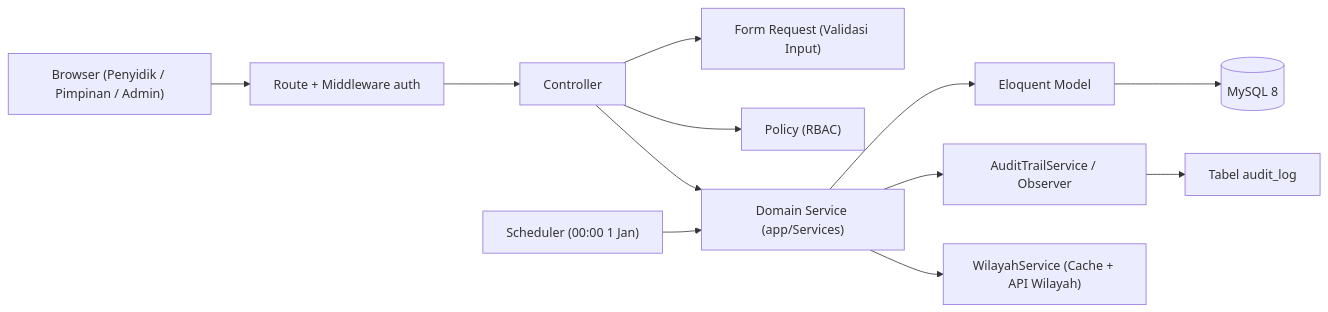
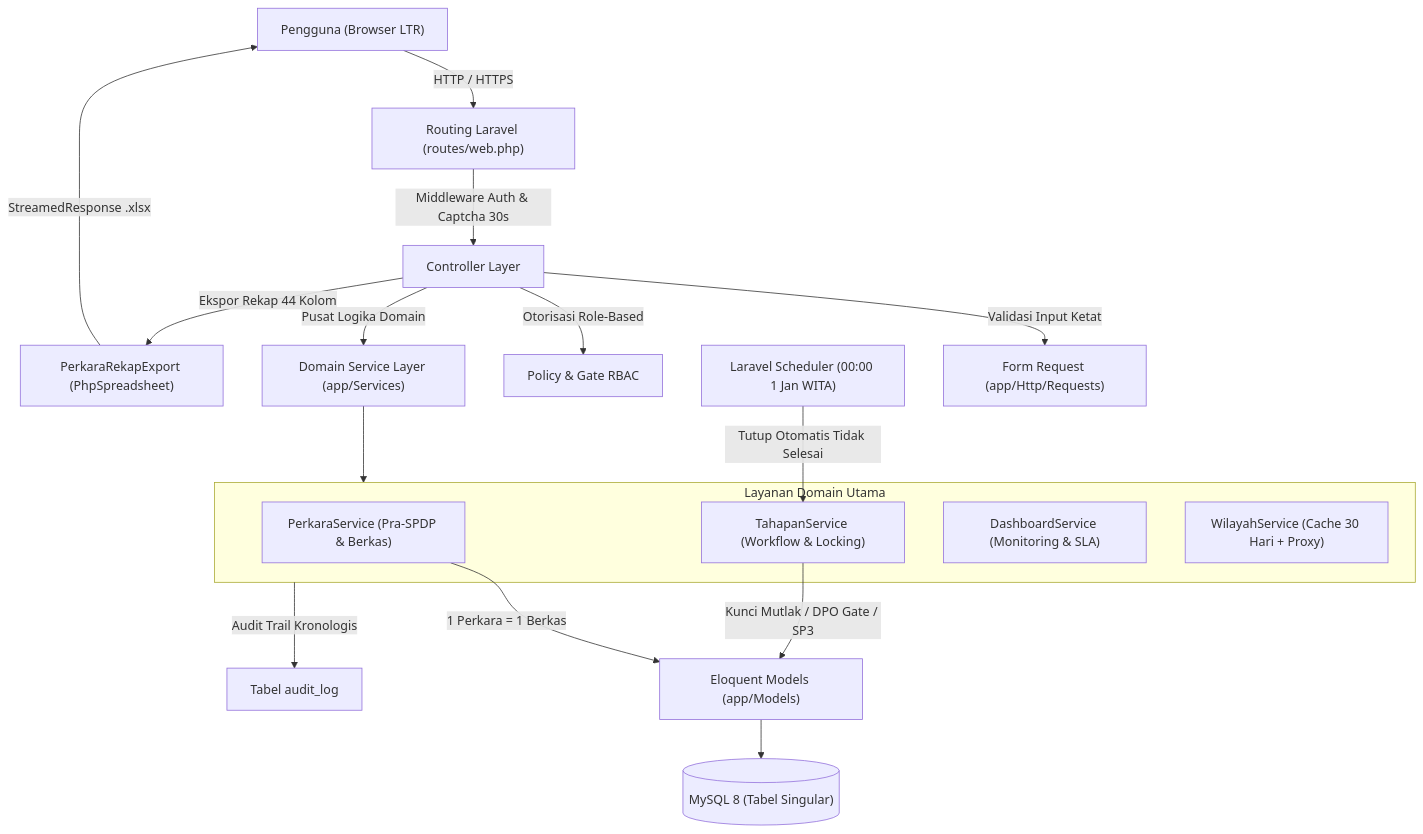
The first of 3 diagrams in ARCHITECTURE.md (waris-arjuna/BAPTwo), drawn with Mermaid before and after one commit. The commit also changed other lines of this file and 36 other files, not shown here.

Commit message:
feat: standardisasi 20 data dummy, kolom nama alamat tkp, format ekspor excel, dan pembaruan dokumen proyek

````diff
--- a/ARCHITECTURE.md
+++ b/ARCHITECTURE.md
@@ -14,13 +15,26 @@
 ```mermaid
-flowchart LR
-    U["Browser (Penyidik / Pimpinan / Admin)"] --> R["Route + Middleware auth"]
-    R --> C["Controller"]
-    C --> FR["Form Request (Validasi Input)"]
-    C --> P["Policy (RBAC)"]
-    C --> S["Domain Service (app/Services)"]
-    S --> M["Eloquent Model"]
-    M --> DB[("MySQL 8")]
-    S --> E["AuditTrailService / Observer"] --> A["Tabel audit_log"]
-    SCH["Scheduler (00:00 1 Jan)"] --> S
-    S --> W["WilayahService (Cache + API Wilayah)"]
+flowchart TD
+    U["Pengguna (Browser LTR)"] -->|HTTP / HTTPS| R["Routing Laravel (routes/web.php)"]
+    R -->|Middleware Auth & Captcha 30s| C["Controller Layer"]
+    C -->|Validasi Input Ketat| FR["Form Request (app/Http/Requests)"]
+    C -->|Otorisasi Role-Based| P["Policy & Gate RBAC"]
+    C -->|Pusat Logika Domain| S["Domain Service Layer (app/Services)"]
+    
+    subgraph Services ["Layanan Domain Utama"]
+        PS["PerkaraService (Pra-SPDP & Berkas)"]
+        TS["TahapanService (Workflow & Locking)"]
+        DS["DashboardService (Monitoring & SLA)"]
+        WS["WilayahService (Cache 30 Hari + Proxy)"]
+    end
+    
+    S --> Services
+    PS -->|1 Perkara = 1 Berkas| M["Eloquent Models (app/Models)"]
+    TS -->|Kunci Mutlak / DPO Gate / SP3| M
+    M --> DB[("MySQL 8 (Tabel Singular)")]
+    
+    Services -->|Audit Trail Kronologis| AL["Tabel audit_log"]
+    SCH["Laravel Scheduler (00:00 1 Jan WITA)"] -->|Tutup Otomatis Tidak Selesai| TS
+    
+    C -->|Ekspor Rekap 44 Kolom| EXP["PerkaraRekapExport (PhpSpreadsheet)"]
+    EXP -->|StreamedResponse .xlsx| U
 ```
````
